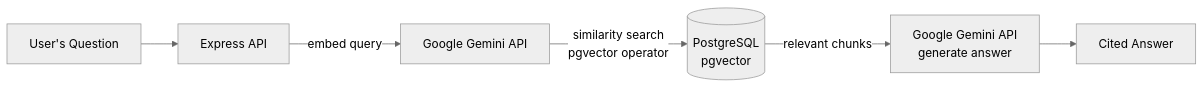
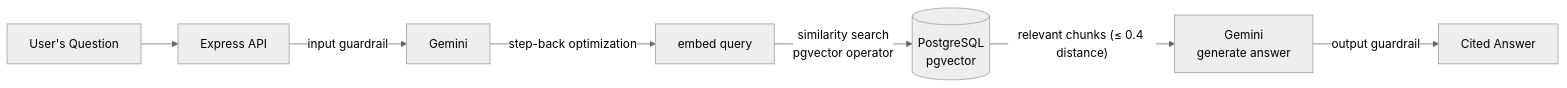
One commit to subhamoydatta703/DocSense changed the fifth of 5 diagrams in README.md. Above: the diagram before and after it, drawn with Mermaid (neutral theme). The commit also changed other lines of this file and 3 other files, not shown here.

````diff
--- a/README.md
+++ b/README.md
@@ -76,8 +111,9 @@
 ```mermaid
 flowchart LR
     A["User's Question"] --> B["Express API"]
-    B -->|"embed query"| C["Google Gemini API"]
-    C -->|"similarity search<br/>pgvector operator"| D[("PostgreSQL<br/>pgvector")]
-    D -->|"relevant chunks"| E["Google Gemini API<br/>generate answer"]
-    E --> F["Cited Answer"]
+    B -->|"input guardrail"| C["Gemini"]
+    C -->|"step-back optimization"| D["embed query"]
+    D -->|"similarity search<br/>pgvector operator"| E[("PostgreSQL<br/>pgvector")]
+    E -->|"relevant chunks (≤ 0.4 distance)"| F["Gemini<br/>generate answer"]
+    F -->|"output guardrail"| G["Cited Answer"]
 ```
````
